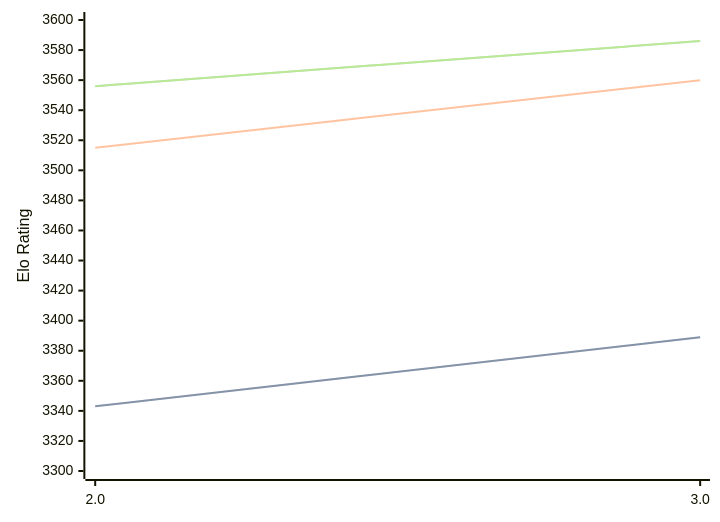
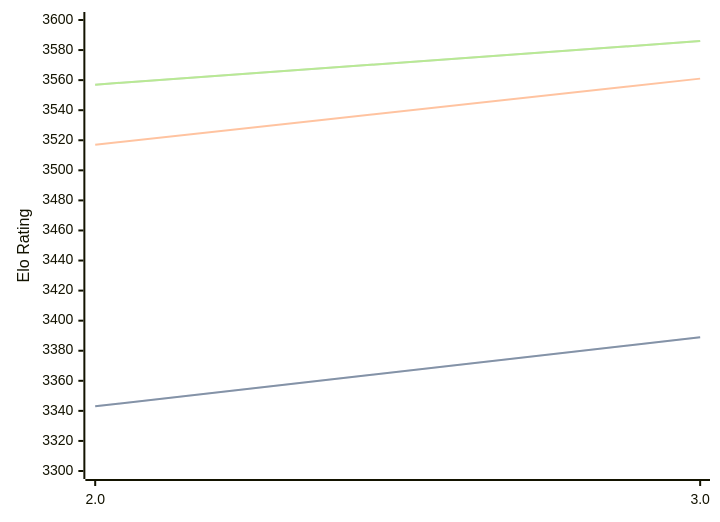
One commit to computer-chess-index/cci changed the diagram in engines/Quanticade.md. Above: the diagram before and after it, drawn with Mermaid. The commit also changed other lines of this file, not shown here.

Commit message:
Update CCI Ratings (ELO VLTC) - 2026-05-05

````diff
--- a/engines/Quanticade.md
+++ b/engines/Quanticade.md
@@ -41,11 +41,11 @@
 ```mermaid
 %%{init: {"theme":"base","themeVariables":{"seriesColors:['#a3a3a3','#222221','#faa371']}}}%%
 xychart-beta
   x-axis ["2.0", "3.0"]
   y-axis "Elo Rating" 3300 --> 3600
   line "STC (8.0+0.08s)" [3343, 3389]
   line "STC (8.0+0.08s)" [3343, 3389]
-  line "LTC (60.0+0.60s)" [3515, 3560]
-  line "VLTC (2m24s+1.12s)" [3556, 3586]
-  line "VLTC (2m24s+1.12s)" [3556, 3586]
+  line "LTC (60.0+0.60s)" [3517, 3561]
+  line "VLTC (2m24s+1.12s)" [3557, 3586]
+  line "VLTC (2m24s+1.12s)" [3557, 3586]
 ```
````
